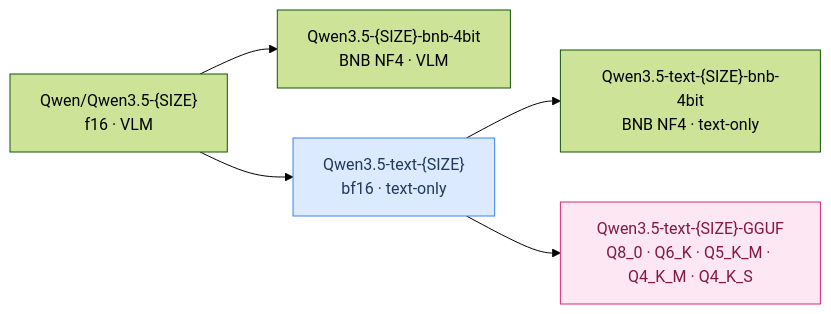
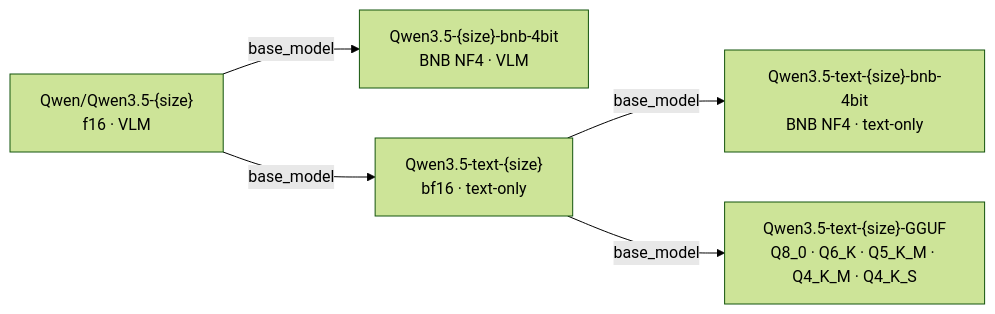
The first of 2 diagrams in model_cards/README_Qwen3.5-text.md (techwithsergiu/qwen35-toolkit), drawn with Mermaid (forest theme) before and after one commit. The commit also changed other lines of this file and 3 other files, not shown here.

````diff
--- a/model_cards/README_Qwen3.5-text.md
+++ b/model_cards/README_Qwen3.5-text.md
@@ -39,9 +39,13 @@
 ```mermaid
 graph LR
-    A["Qwen/Qwen3.5-{SIZE}<br/>f16 · VLM"] --> B["Qwen3.5-{SIZE}-bnb-4bit<br/>BNB NF4 · VLM"]
-    A --> C["Qwen3.5-text-{SIZE}<br/>bf16 · text-only"]
-    C --> D["Qwen3.5-text-{SIZE}-bnb-4bit<br/>BNB NF4 · text-only"]
-    C --> E["Qwen3.5-text-{SIZE}-GGUF<br/>Q8_0 · Q6_K · Q5_K_M · Q4_K_M · Q4_K_S"]
-    style C fill:#dbeafe,stroke:#3b82f6,color:#1e3a5f
-    style E fill:#fce7f3,stroke:#db2777,color:#831843
+    SRC["Qwen/Qwen3.5-{size}<br/>f16 · VLM"]
+    BNBVLM["Qwen3.5-{size}-bnb-4bit<br/>BNB NF4 · VLM"]
+    TEXTF16["Qwen3.5-text-{size}<br/>bf16 · text-only"]
+    TEXTBNB["Qwen3.5-text-{size}-bnb-4bit<br/>BNB NF4 · text-only"]
+    GGUF["Qwen3.5-text-{size}-GGUF<br/>Q8_0 · Q6_K · Q5_K_M · Q4_K_M · Q4_K_S"]
+
+    SRC -->|"base_model"| BNBVLM
+    SRC -->|"base_model"| TEXTF16
+    TEXTF16 -->|"base_model"| TEXTBNB
+    TEXTF16 -->|"base_model"| GGUF
 ```
````
